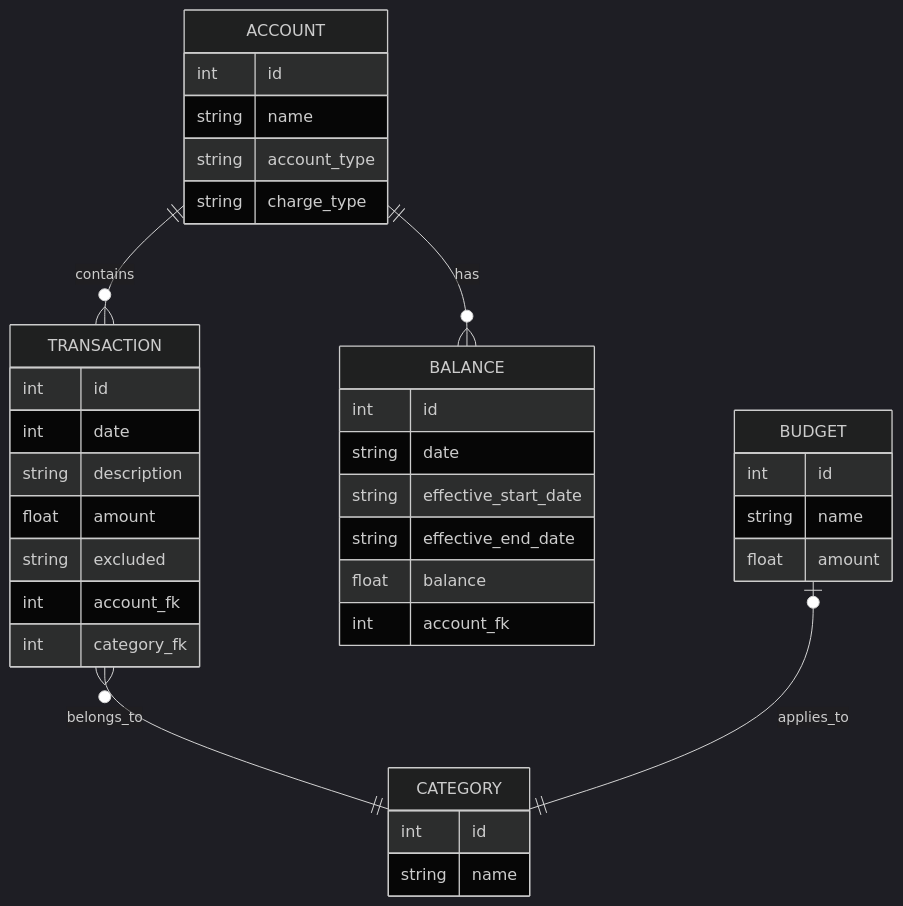
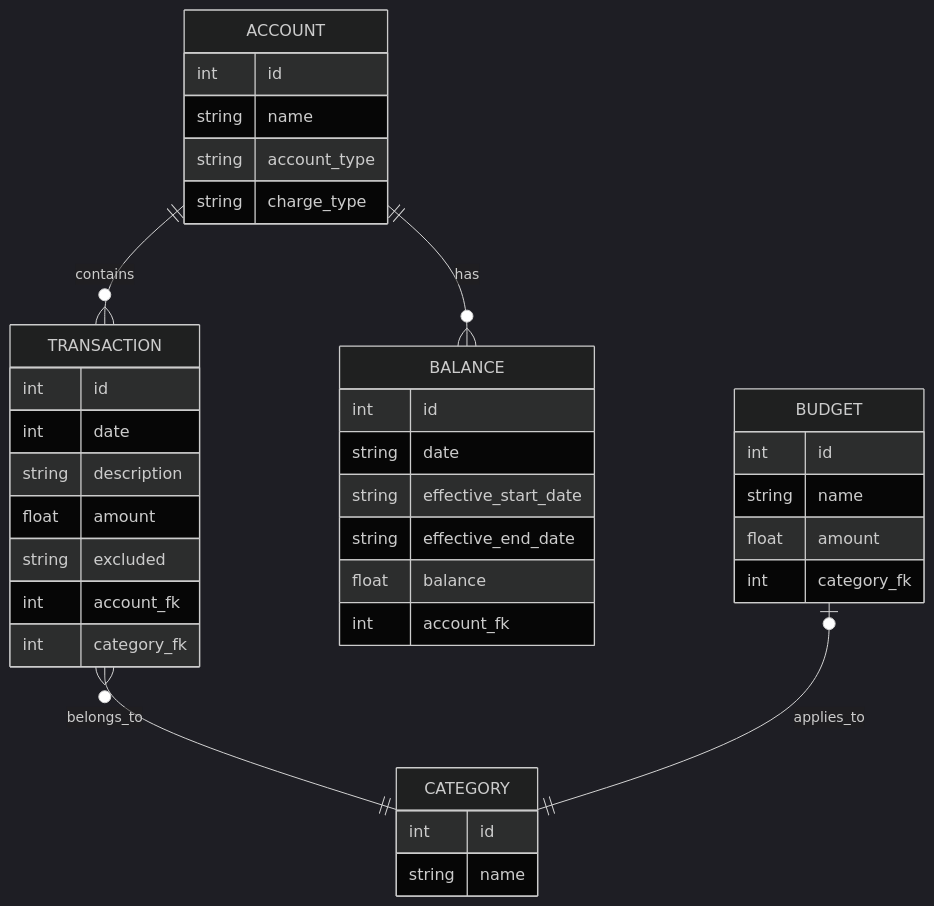
One commit to alexdglover/sage changed the diagram in docs/design.md. Above: the diagram before and after it, drawn with Mermaid (dark theme). The commit also changed 12 other files, not shown here.

````diff
--- a/docs/design.md
+++ b/docs/design.md
@@ -31,40 +31,41 @@
 ```mermaid
 erDiagram
     ACCOUNT {
         int    id
         string name
         string account_type 
         string charge_type
     }
     CATEGORY {
         int    id
         string name
     }
     TRANSACTION {
         int id
         int date
         string description
         float amount
         string excluded
         int account_fk
         int category_fk
     }
     BALANCE {
         int id
         string date
         string effective_start_date
         string effective_end_date
         float balance
         int account_fk
     }
     BUDGET {
         int id
         string name
         float amount
+        int category_fk
     }
 
     ACCOUNT ||--o{ TRANSACTION : contains
     ACCOUNT ||--o{ BALANCE : has
     TRANSACTION }o--|| CATEGORY : belongs_to
     BUDGET |o--||CATEGORY : applies_to
 ```
````
